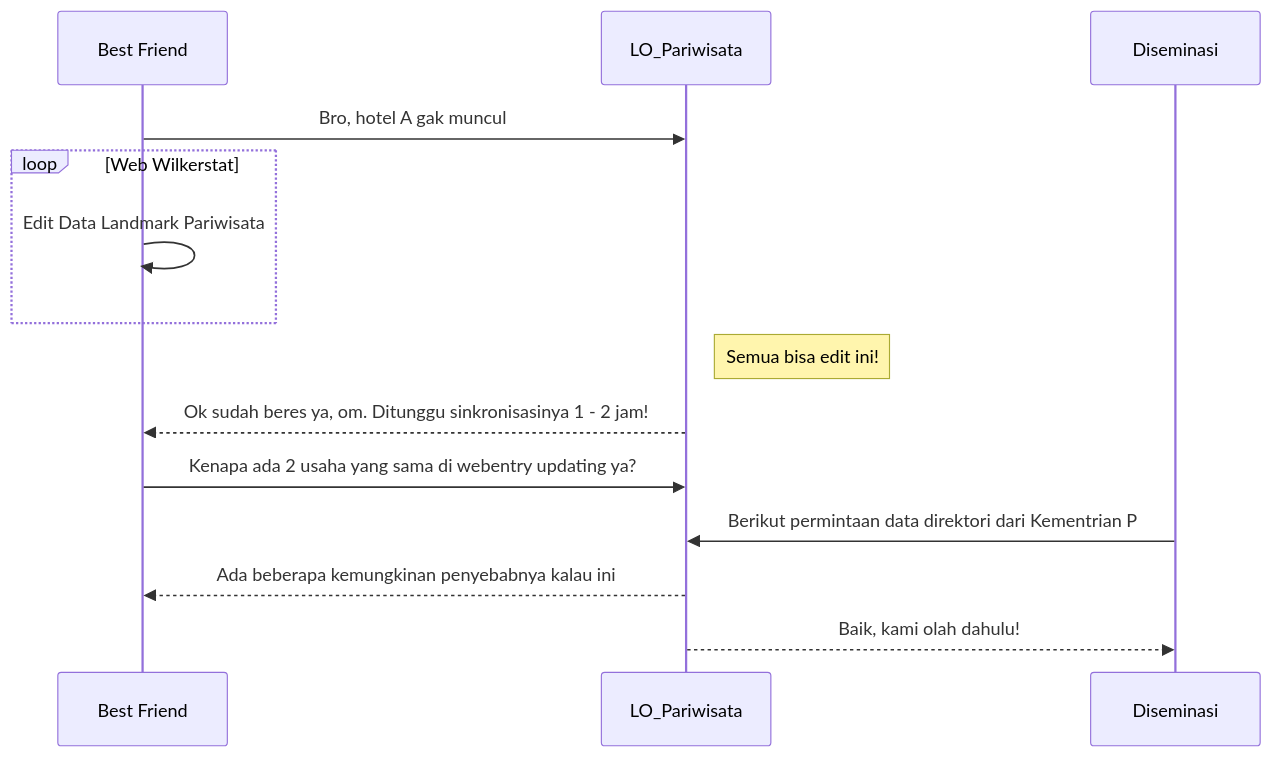
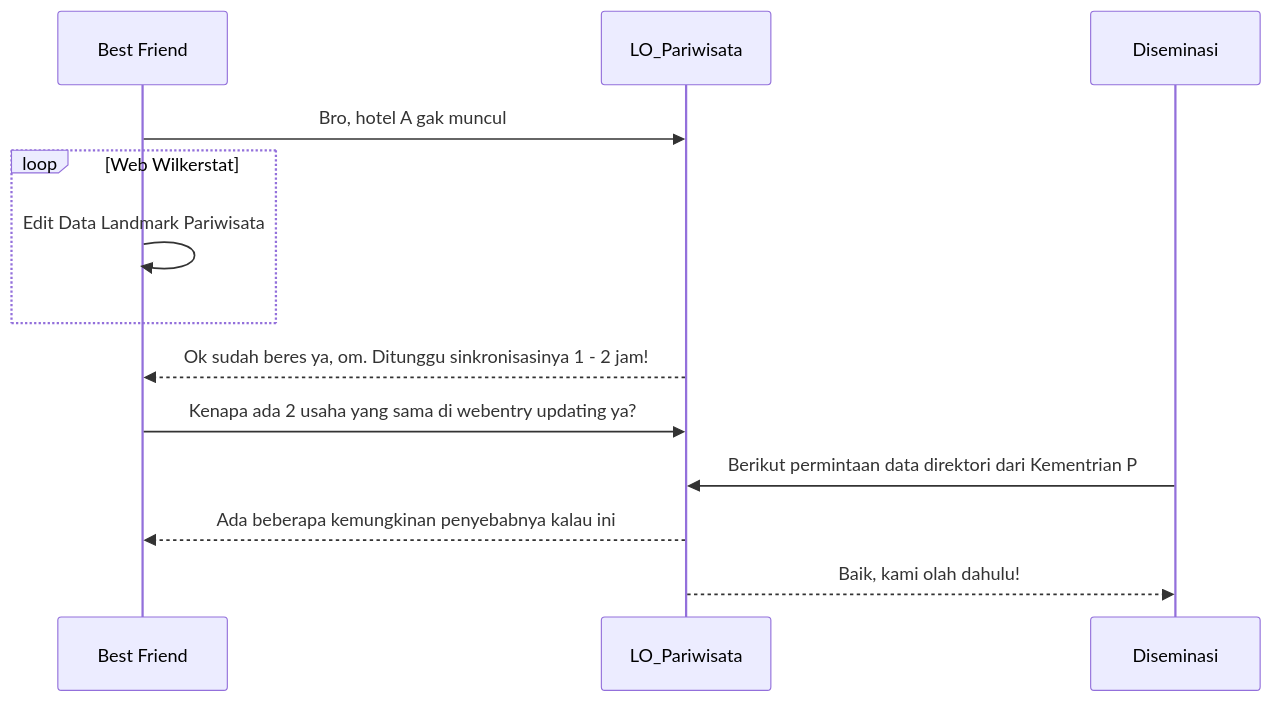
One commit to iwanff1/laughing-nemesis changed the diagram in diagram.md. Above: the diagram before and after it, drawn with Mermaid.

````diff
--- a/diagram.md
+++ b/diagram.md
@@ -1,13 +1,12 @@
 ```mermaid
   sequenceDiagram;
   Best Friend->>LO_Pariwisata: Bro, hotel A gak muncul;
   loop Web Wilkerstat;
       Best Friend->>Best Friend: Edit Data Landmark Pariwisata;
   end;
-  Note right of LO_Pariwisata: Semua bisa edit ini!;
   LO_Pariwisata-->>Best Friend: Ok sudah beres ya, om. Ditunggu sinkronisasinya 1 - 2 jam!;
   Best Friend->>LO_Pariwisata: Kenapa ada 2 usaha yang sama di webentry updating ya?;
   Diseminasi->>LO_Pariwisata: Berikut permintaan data direktori dari Kementrian P;
   LO_Pariwisata-->>Best Friend: Ada beberapa kemungkinan penyebabnya kalau ini;
   LO_Pariwisata-->>Diseminasi: Baik, kami olah dahulu!;
 ```
````
